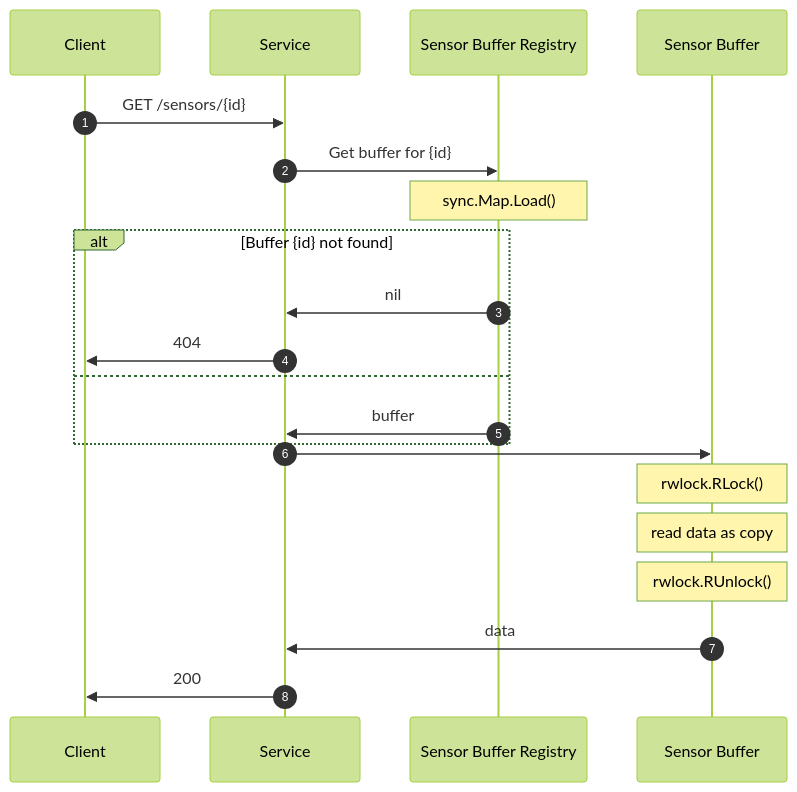
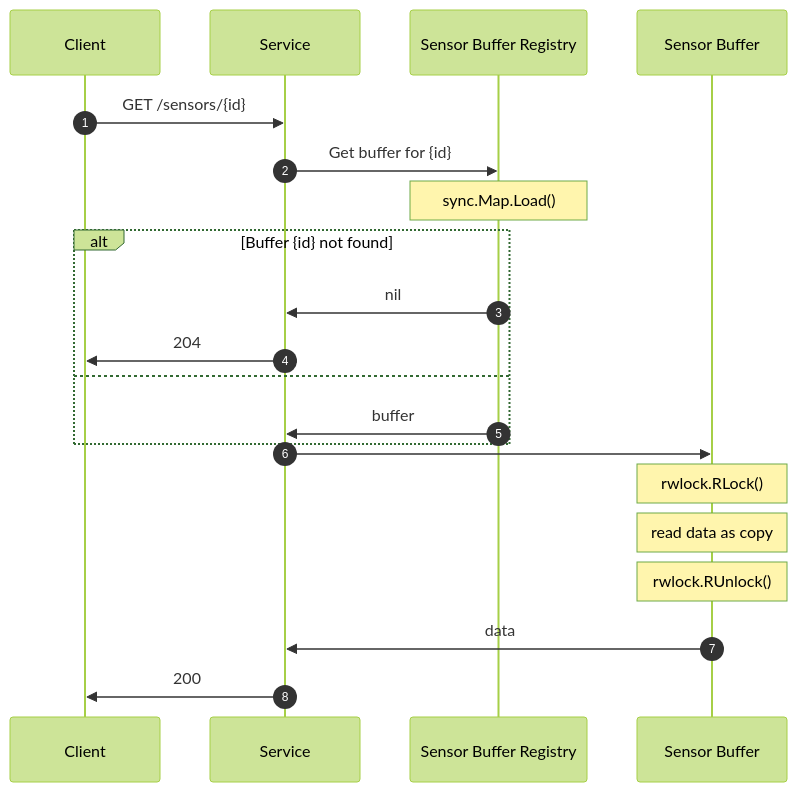
The fourth of 5 diagrams in docs/Architecture.md (s0cks/sp-interview-prep-01), drawn with Mermaid (forest theme) before and after one commit. The commit also changed other lines of this file and 7 other files, not shown here.

````diff
--- a/docs/Architecture.md
+++ b/docs/Architecture.md
@@ -76,26 +108,26 @@
 ```mermaid
 sequenceDiagram
     autonumber
     participant Client as Client
     participant Service as Service
     participant Registry as Sensor Buffer Registry
     participant Buffer as Sensor Buffer
 
     Client->>Service: GET /sensors/{id}
 
     Service->>Registry: Get buffer for {id}
     Note over Registry: sync.Map.Load()
     alt Buffer {id} not found
         Registry->>Service: nil
-        Service->>Client: 404
+        Service->>Client: 204
     else
         Registry->>Service: buffer
     end
 
     Service->>Buffer:
     Note over Buffer: rwlock.RLock()
     Note over Buffer: read data as copy
     Note over Buffer: rwlock.RUnlock()
     Buffer->>Service: data
     Service->>Client: 200
 ```
````
